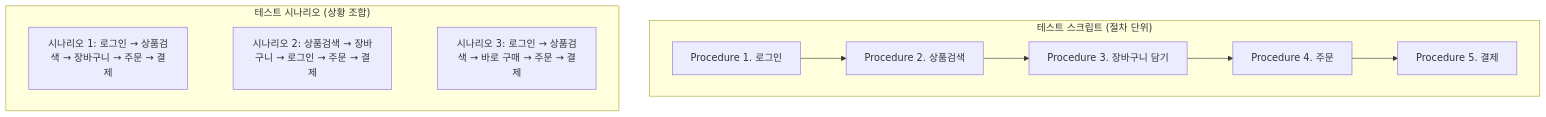
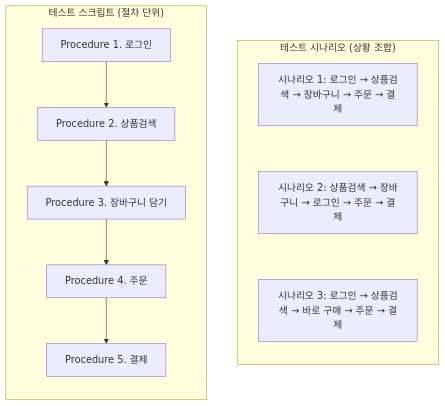
The first of 7 diagrams in _posts/2026-07-19-eip-test-case-study-3.md (sungjin-dev/sungjin-dev.github.io), drawn with Mermaid before and after one commit.

````diff
--- a/_posts/2026-07-19-eip-test-case-study-3.md
+++ b/_posts/2026-07-19-eip-test-case-study-3.md
@@ -290,20 +290,20 @@
 ```mermaid
-flowchart TB
-    %% 왼쪽 블록: 테스트 스크립트 (먼저 선언되어 무조건 왼쪽에 위치)
+flowchart LR
     subgraph Script ["테스트 스크립트 (절차 단위)"]
+        direction TB
         P1["Procedure 1. 로그인"] --> P2["Procedure 2. 상품검색"]
         P2 --> P3["Procedure 3. 장바구니 담기"]
         P3 --> P4["Procedure 4. 주문"]
         P4 --> P5["Procedure 5. 결제"]
     end
 
-    %% 오른쪽 블록: 테스트 시나리오
     subgraph Scenario ["테스트 시나리오 (상황 조합)"]
+        direction TB
         S1["시나리오 1: 로그인 → 상품검색 → 장바구니 → 주문 → 결제"]
         S2["시나리오 2: 상품검색 → 장바구니 → 로그인 → 주문 → 결제"]
         S3["시나리오 3: 로그인 → 상품검색 → 바로 구매 → 주문 → 결제"]
-        
-        %% 세로로 가지런히 쌓이도록 투명선 연결
         S1 ~~~ S2 ~~~ S3
     end
+
+    Script ~~~ Scenario
 ```
````
